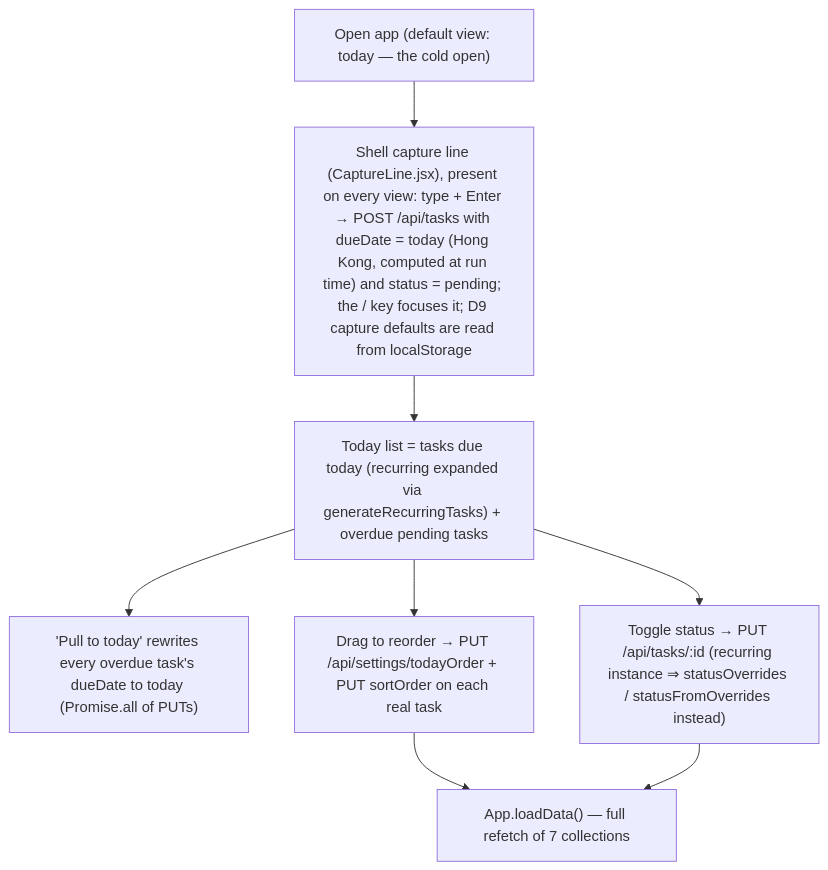
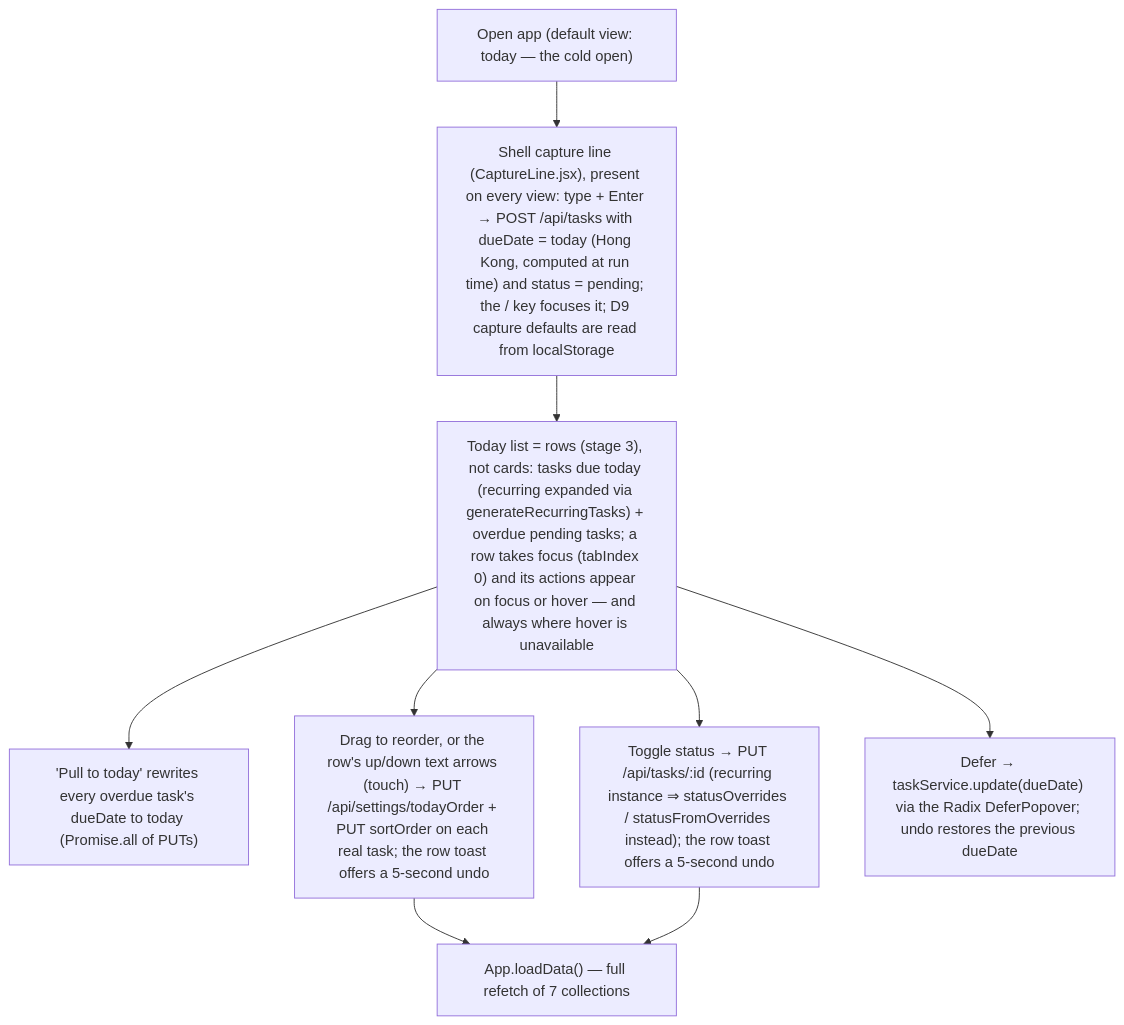
The third of 7 diagrams in .dev_context/ARCHITECTURE.md (lung123w/dayframe), drawn with Mermaid before and after one commit. The commit also changed other lines of this file and 2 other files, not shown here.

Commit message:
docs(dev-context): record the stage-3 rows, focus actions and one-click habits (Rule B)

````diff
--- a/.dev_context/ARCHITECTURE.md
+++ b/.dev_context/ARCHITECTURE.md
@@ -114,10 +120,11 @@
 ```mermaid
 flowchart TD
     Start["Open app (default view: today — the cold open)"] --> Capture["Shell capture line (CaptureLine.jsx), present on every view: type + Enter → POST /api/tasks with dueDate = today (Hong Kong, computed at run time) and status = pending; the / key focuses it; D9 capture defaults are read from localStorage"]
-    Capture --> List["Today list = tasks due today (recurring expanded via generateRecurringTasks) + overdue pending tasks"]
+    Capture --> List["Today list = rows (stage 3), not cards: tasks due today (recurring expanded via generateRecurringTasks) + overdue pending tasks; a row takes focus (tabIndex 0) and its actions appear on focus or hover — and always where hover is unavailable"]
     List --> Pull["'Pull to today' rewrites every overdue task's dueDate to today (Promise.all of PUTs)"]
-    List --> Order["Drag to reorder → PUT /api/settings/todayOrder + PUT sortOrder on each real task"]
-    List --> Done["Toggle status → PUT /api/tasks/:id (recurring instance ⇒ statusOverrides / statusFromOverrides instead)"]
+    List --> Order["Drag to reorder, or the row's up/down text arrows (touch) → PUT /api/settings/todayOrder + PUT sortOrder on each real task; the row toast offers a 5-second undo"]
+    List --> Done["Toggle status → PUT /api/tasks/:id (recurring instance ⇒ statusOverrides / statusFromOverrides instead); the row toast offers a 5-second undo"]
+    List --> DeferR["Defer → taskService.update(dueDate) via the Radix DeferPopover; undo restores the previous dueDate"]
     Order --> Reload["App.loadData() — full refetch of 7 collections"]
     Done --> Reload
 ```
````
